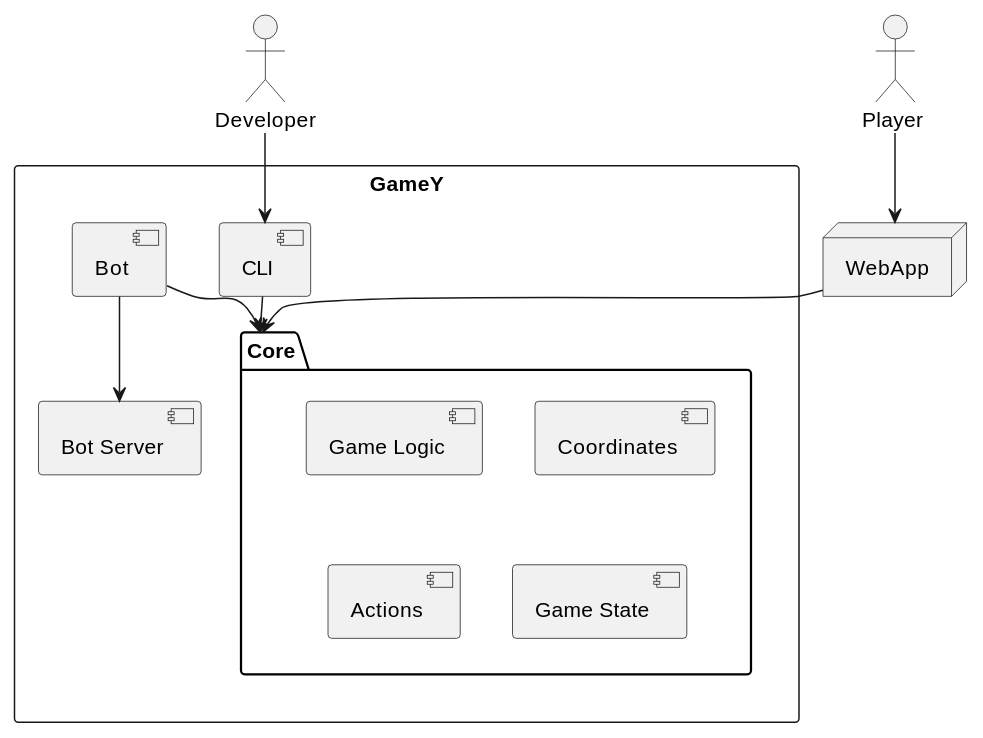
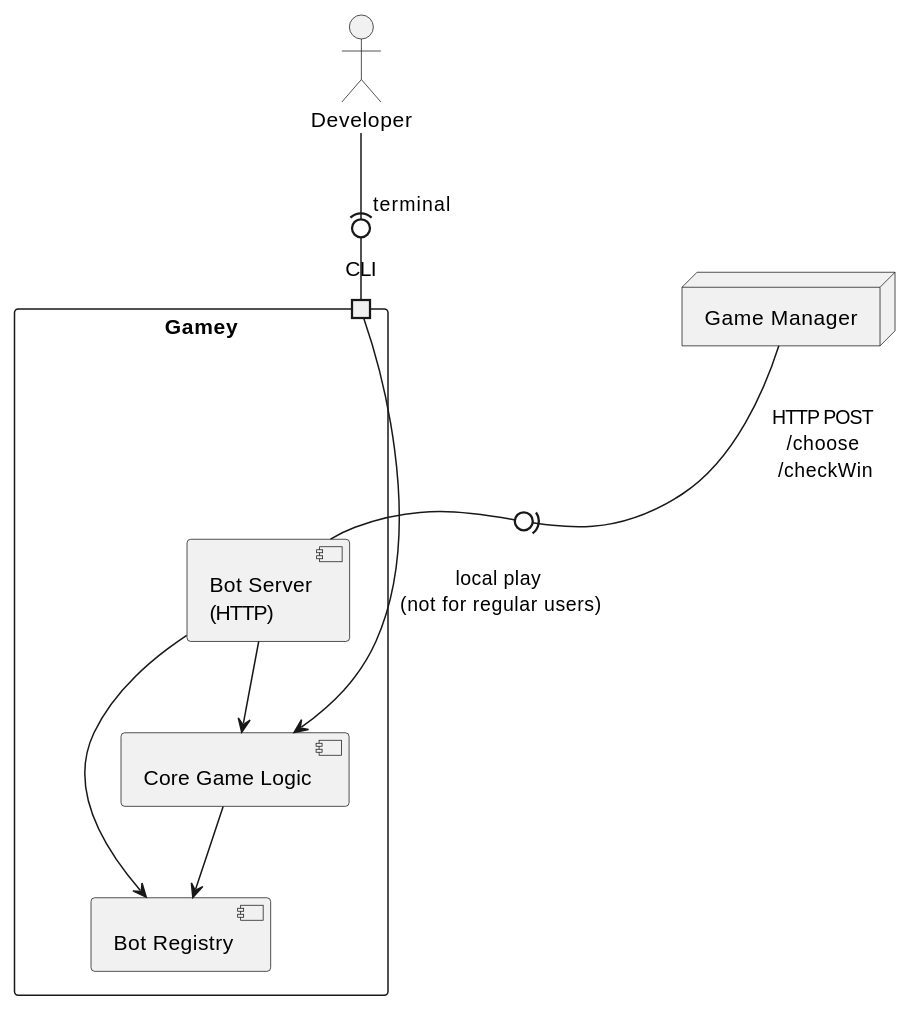
The second of 3 diagrams in docs/src/05_building_block_view.adoc (Arquisoft/yovi_en3a), drawn with PlantUML before and after one commit. The commit also changed other lines of this file and 1 other file, not shown here.

```diff
--- a/docs/src/05_building_block_view.adoc
+++ b/docs/src/05_building_block_view.adoc
@@ -167,37 +177,28 @@
-[plantuml,"Sequence diagram - Login ",png]
+[plantuml,"Gamey Engine - Internal Structure",png]
 ----
-actor "Player " as player
-actor "Developer" as dev
+node "Game Manager" as game_mgr
+rectangle "Gamey" as gamey {
+  'component [Yen Notation] as yen
 
-node WebApp as Web
-
-
-rectangle "GameY" as gamey{
-
- component "CLI" as cli
- component "Bot" as bot
-
-
-package "Core" as core{
-  component [Game Logic] as game_logic
-  component [Coordinates] as coords
-  component [Actions] as acts
-  component [Game State] as state
- 
-}
-
-component "Bot Server" as api
+  component [Bot Registry] as bots
+  port "CLI" as cli
+  component "Bot Server\n(HTTP)" as api
+  component [Core Game Logic] as core
 
 
 
 }
 
+"Developer" as dev
 
-bot --> core 
-player-->Web
-Web --> core
-dev --> cli
-cli --> core
-bot --> api
+
+'yen --- core
+core --> bots
+api --> core
+api --> bots
+api -u0)- game_mgr: HTTP POST\n /choose \n /checkWin
+cli --> core: local play \n(not for regular users)
+cli -u0)- dev: terminal
+
 
 ----
```
